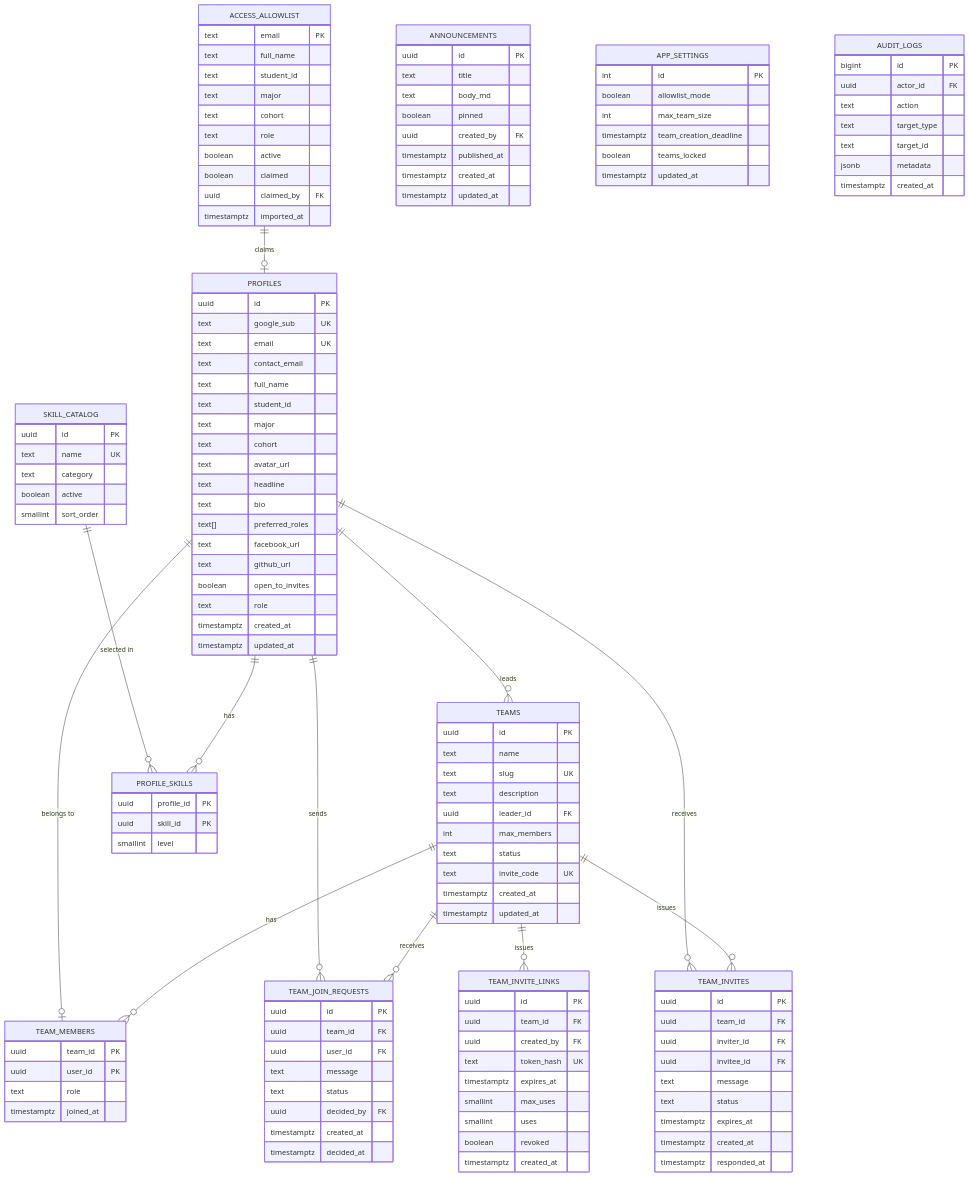
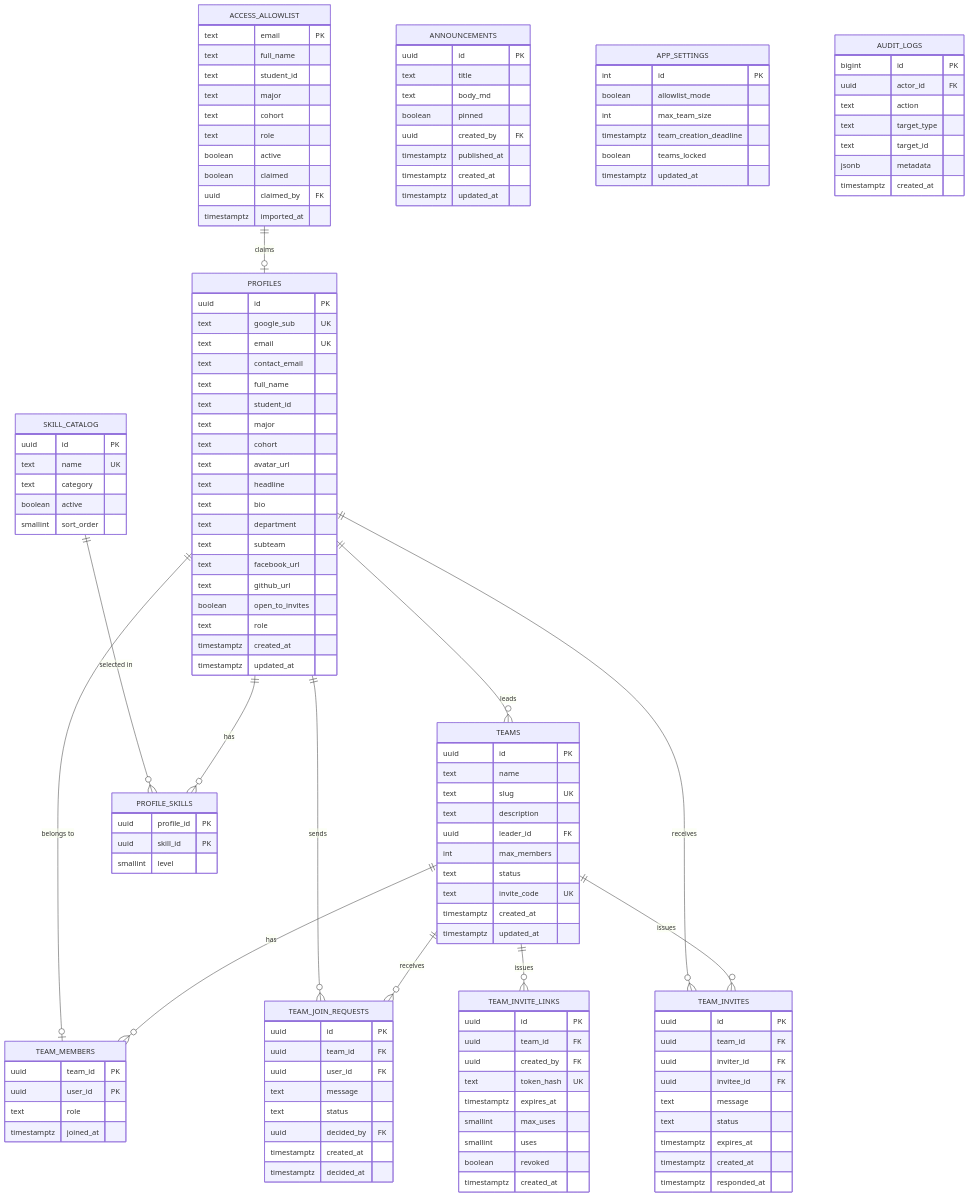
Before and after one commit to ngqtrung2217/gdg-hust-internal-hackathon: the second of 5 diagrams in README.md, drawn with Mermaid. The commit also changed other lines of this file and 22 other files, not shown here.

First line of the commit message:
feat: complete event, team, and admin flows

```diff
--- a/README.md
+++ b/README.md
@@ -164,7 +165,8 @@
         text avatar_url
         text headline
         text bio
-        text[] preferred_roles
+        text department
+        text subteam
         text facebook_url
         text github_url
         boolean open_to_invites
```
